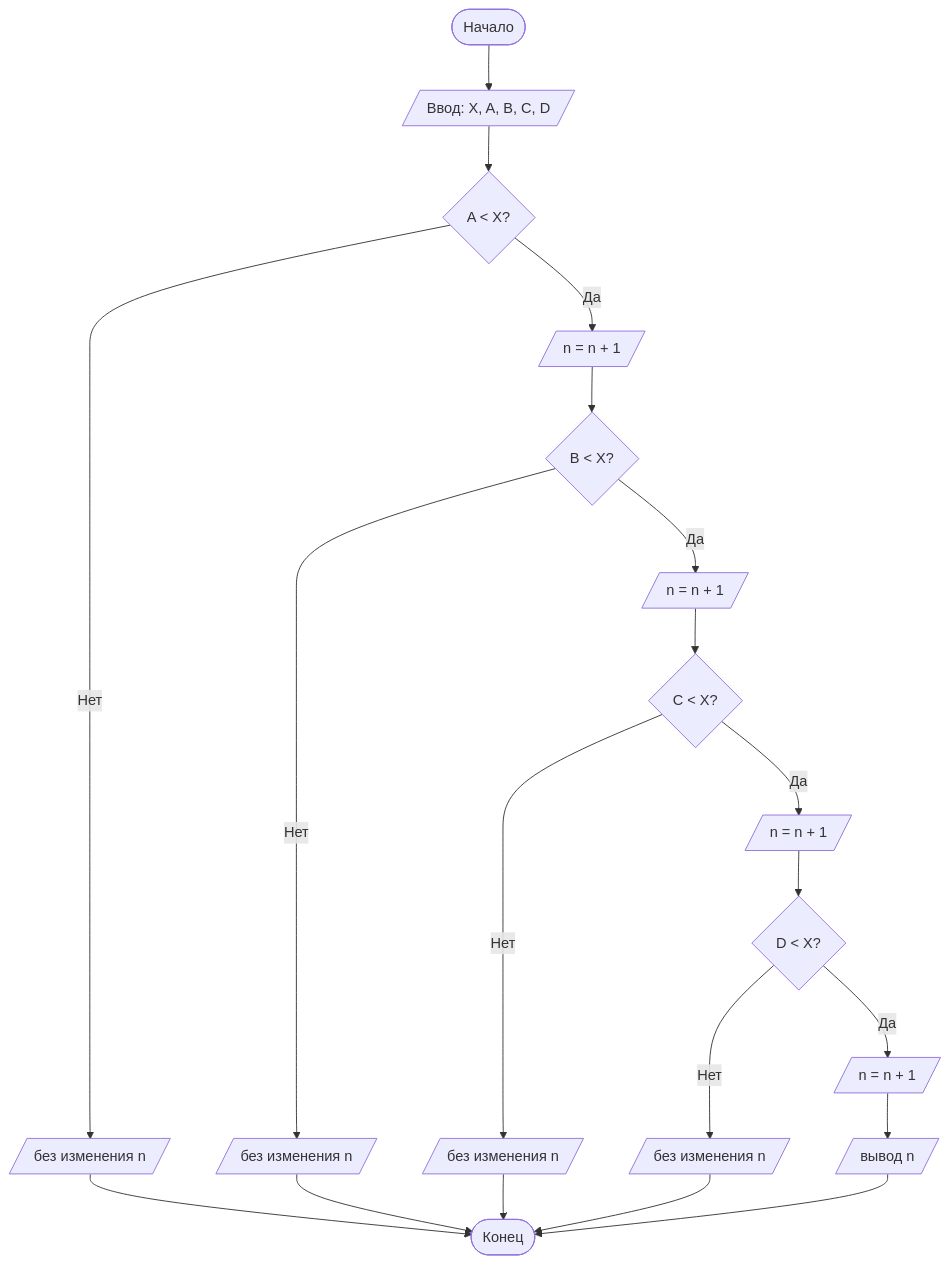
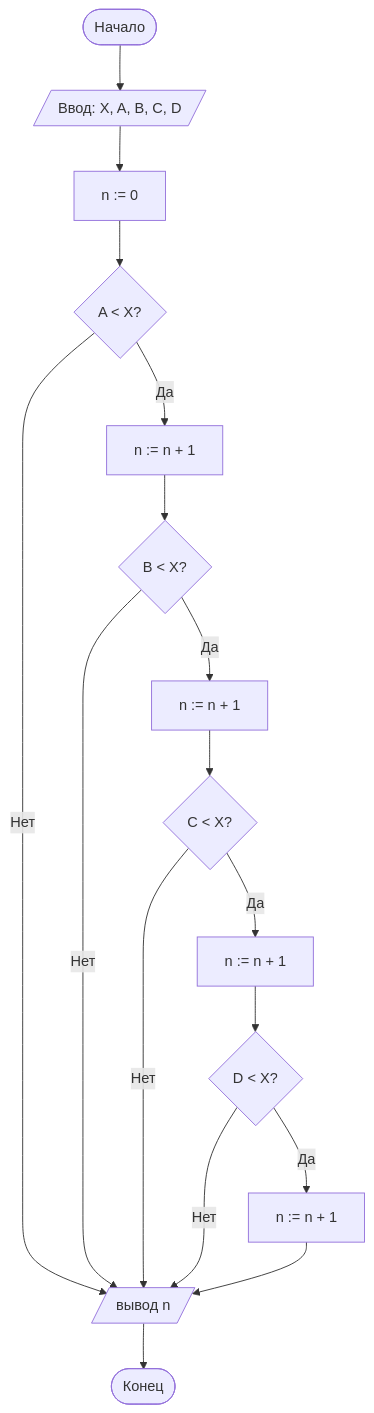
The diagram in README.md (polina450/Lab1), drawn with Mermaid before and after one commit. The commit also changed other lines of this file, not shown here.

````diff
--- a/README.md
+++ b/README.md
@@ -94,23 +94,19 @@
 ```mermaid
-
 graph TD
     A([Начало]) --> B[/Ввод: X, A, B, C, D/]
-    B --> C{A < X?}
-    C -- Да --> C1[/n = n + 1/]
-    C -- Нет --> C2[/без изменения n/]
-    C2 --> Z([Конец])
+    B --> A1[n := 0]
+    A1 --> C{A < X?}
+    C -- Да --> C1[n := n + 1]
+    C -- Нет --> G([Конец])
     C1 --> D{B < X?}
-    D -- Да --> D1[/n = n + 1/]
-    D -- Нет --> D2[/без изменения n/]
-    D2 --> Z
+    D -- Да --> D1[n := n + 1]
+    D -- Нет --> G
     D1 --> E{C < X?}
-    E -- Да --> E1[/n = n + 1/]
-    E -- Нет --> E2[/без изменения n/]
-    E2 --> Z
+    E -- Да --> E1[n := n + 1]
+    E -- Нет --> G
     E1 --> F{D < X?}
-    F -- Да --> F1[/n = n + 1/]
-    F -- Нет --> F2[/без изменения n/]
-    F2 --> Z
+    F -- Да --> F1[n := n + 1]
+    F -- Нет --> G
     F1 --> G[/вывод n/]
-    G --> Z
+    G --> K([Конец])
 ```
````
